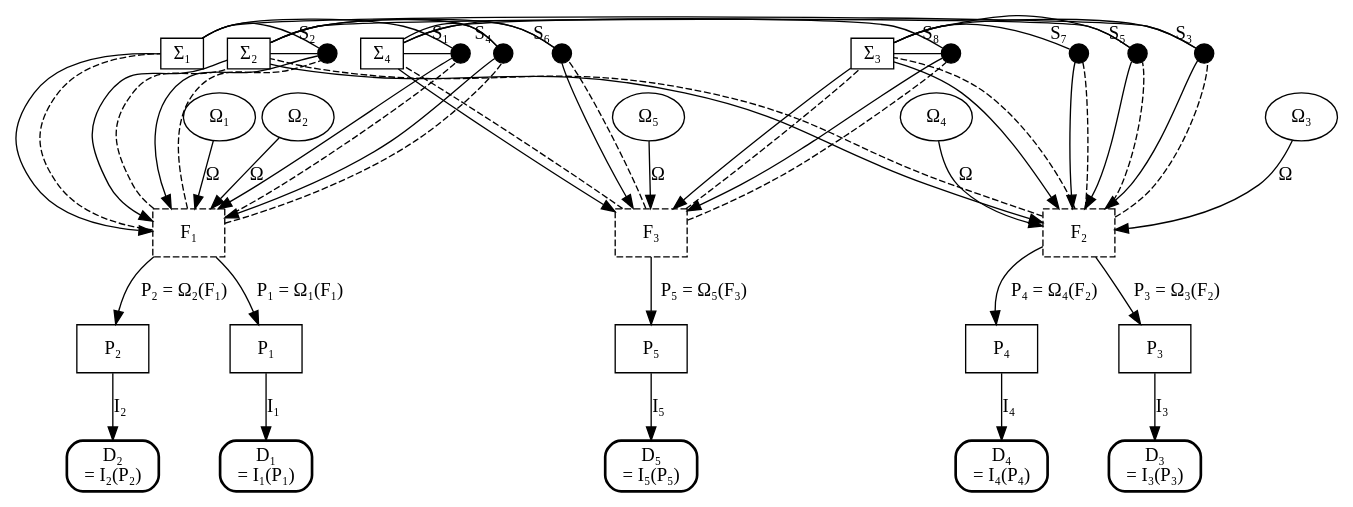
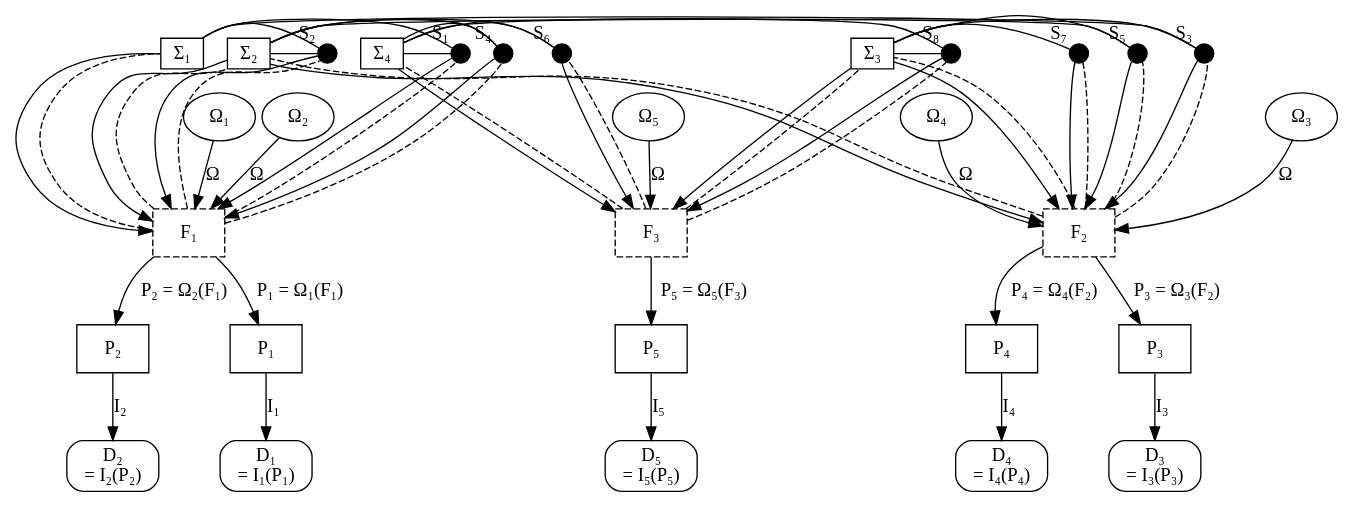
The second of 8 diagrams in docs/Whitepaper.qmd (ssccsorg/ssccs), drawn with Graphviz before and after one commit. The commit also changed other lines of this file and 4 other files, not shown here.

Commit message:
wp: update and add ontology graphic

```diff
--- a/docs/Whitepaper.qmd
+++ b/docs/Whitepaper.qmd
@@ -271,7 +278,7 @@
     
     // === Fifth rank: Interpreted Data (final deterministic values) ===
     { rank=5;
-        node [shape=box, style=rounded, penwidth=2];
+        node [shape=box, style=rounded];
         d1 [label="D₁\n= I₁(P₁)"];
         d2 [label="D₂\n= I₂(P₂)"];
         d3 [label="D₃\n= I₃(P₃)"];
```
